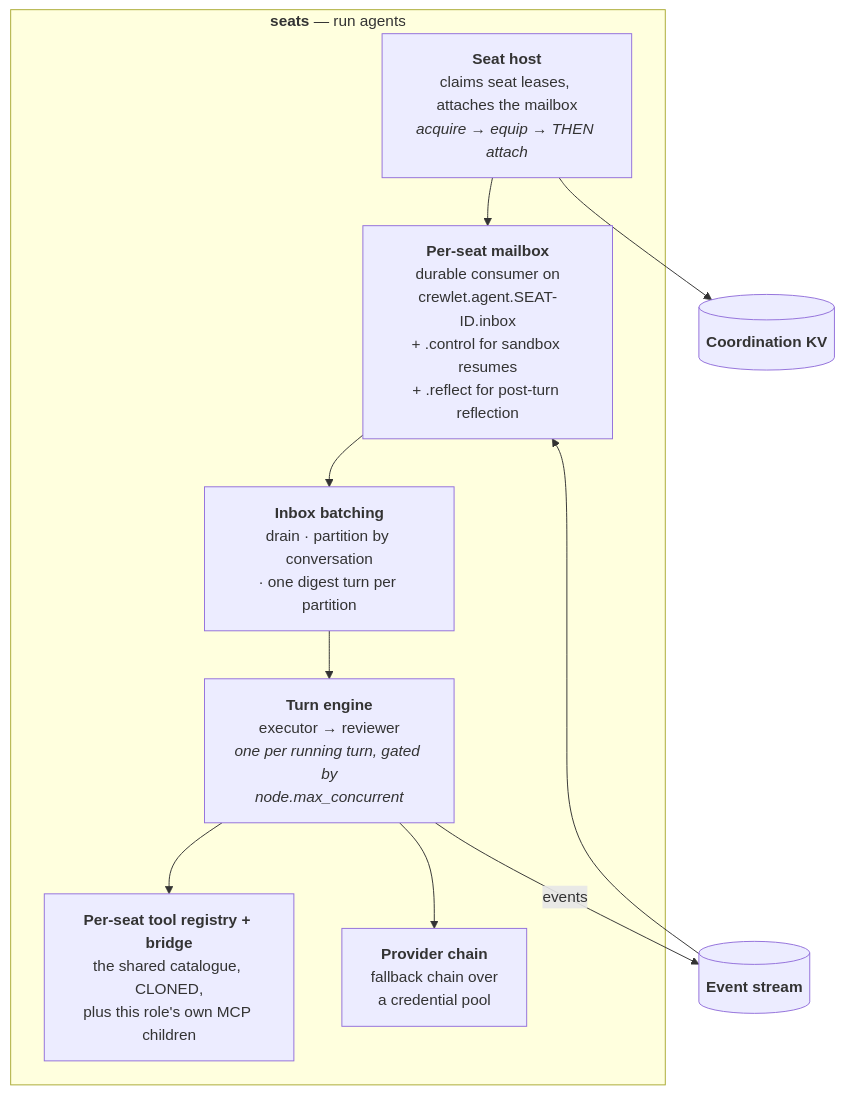
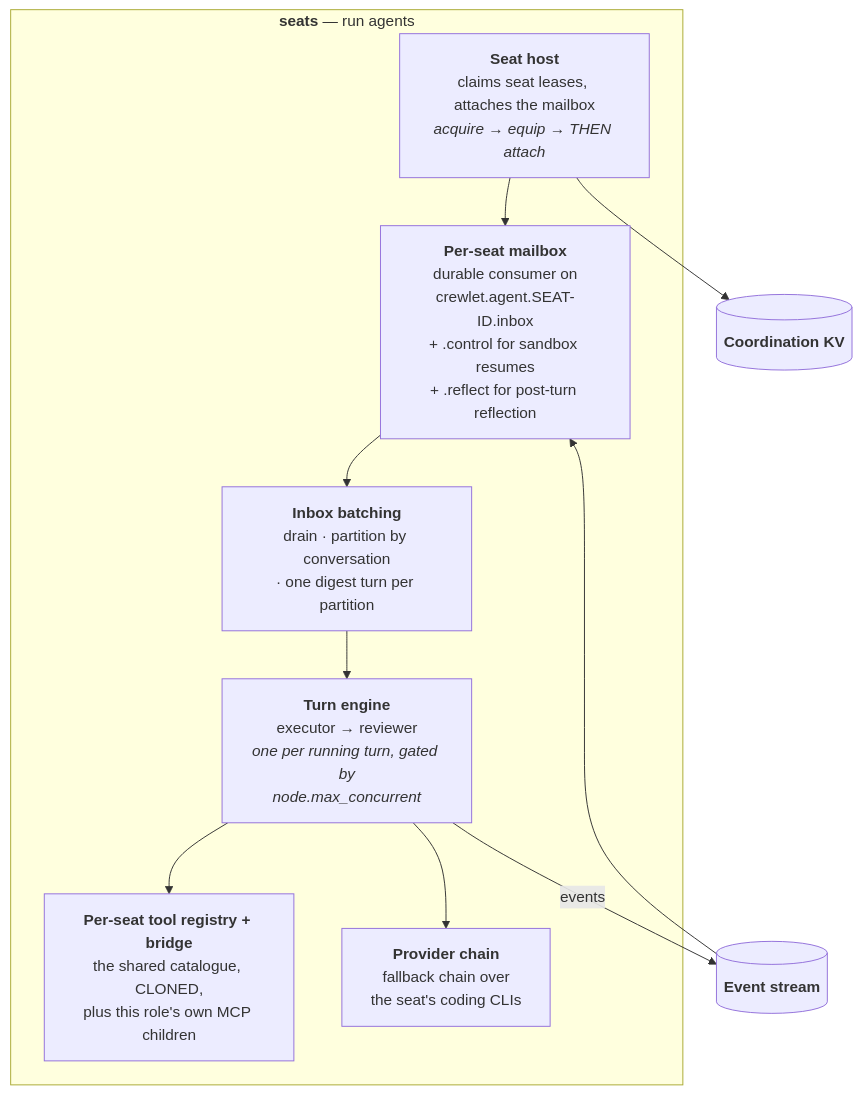
One commit to crewlet/crewlet changed the fourth of 10 diagrams in docs/concepts/architecture.md. Above: the diagram before and after it, drawn with Mermaid. The commit also changed other lines of this file and 601 other files, not shown here.

````diff
--- a/docs/concepts/architecture.md
+++ b/docs/concepts/architecture.md
@@ -217,21 +217,21 @@
 ```mermaid
 flowchart TB
     subgraph seats["<b>seats</b> — run agents"]
         CLAIM["<b>Seat host</b><br/>claims seat leases, attaches the mailbox<br/><i>acquire → equip → THEN attach</i>"]
         MBOX["<b>Per-seat mailbox</b><br/>durable consumer on<br/>crewlet.agent.SEAT-ID.inbox<br/>+ .control for sandbox resumes<br/>+ .reflect for post-turn reflection"]
         BATCH["<b>Inbox batching</b><br/>drain · partition by conversation<br/>· one digest turn per partition"]
         TURN["<b>Turn engine</b><br/>executor → reviewer<br/><i>one per running turn, gated by<br/>node.max_concurrent</i>"]
         REG["<b>Per-seat tool registry + bridge</b><br/>the shared catalogue, CLONED,<br/>plus this role's own MCP children"]
-        PROV["<b>Provider chain</b><br/>fallback chain over<br/>a credential pool"]
+        PROV["<b>Provider chain</b><br/>fallback chain over<br/>the seat's coding CLIs"]
     end
     STREAM[("<b>Event stream</b>")]
     KV[("<b>Coordination KV</b>")]
 
     STREAM --> MBOX
     MBOX --> BATCH --> TURN
     TURN --> REG
     TURN --> PROV
     TURN -->|events| STREAM
     CLAIM --> MBOX
     CLAIM --> KV
 ```
````
